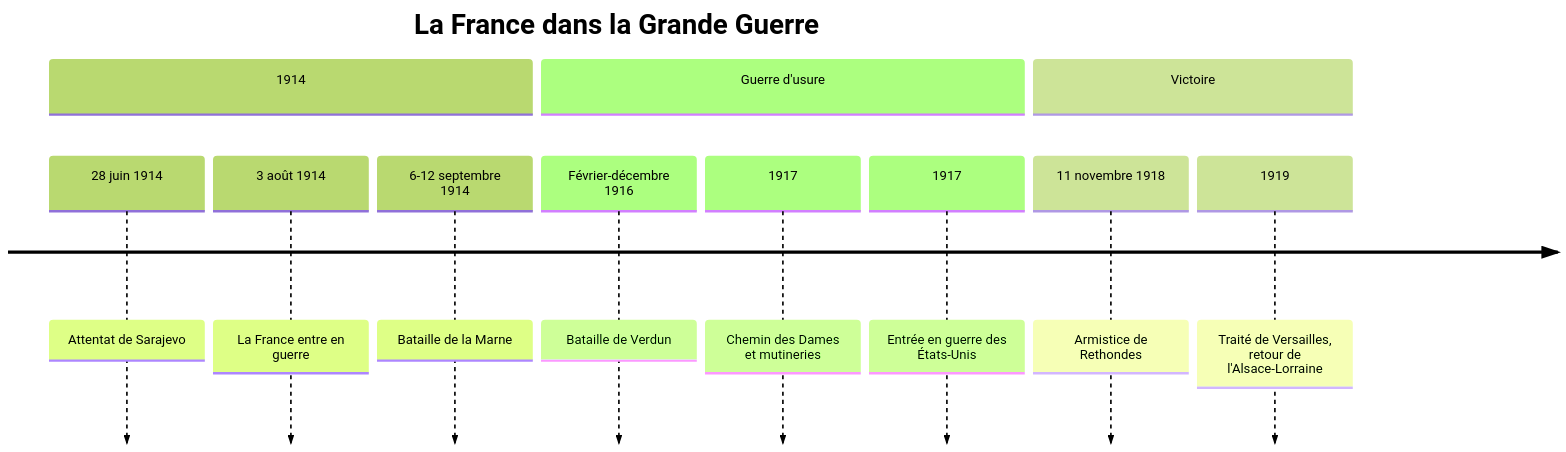
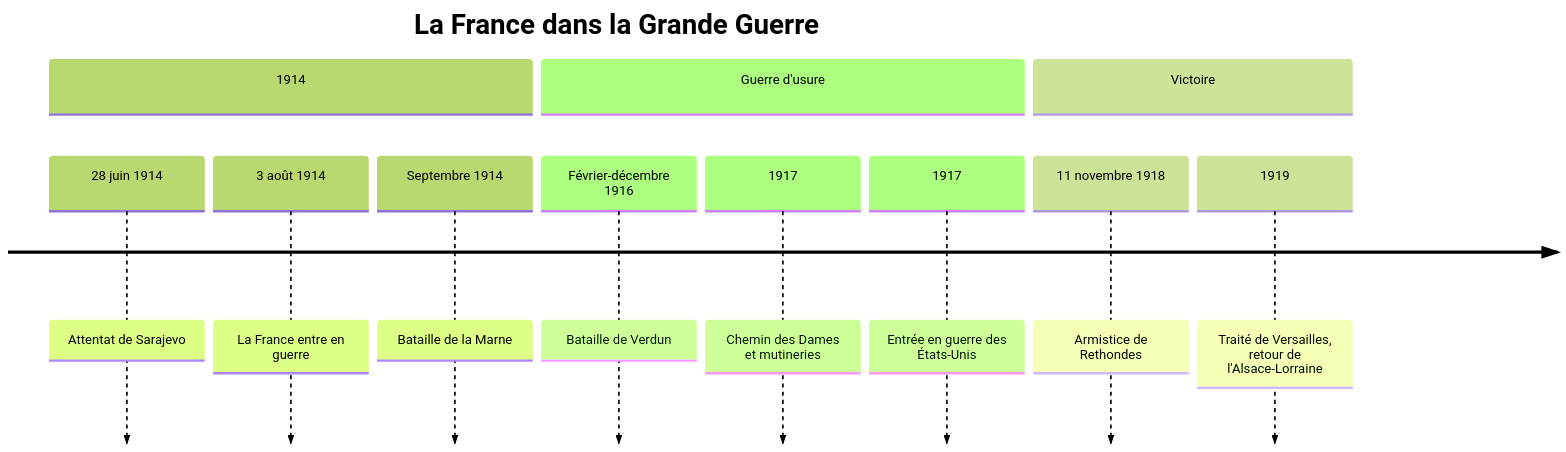
Before and after one commit to rwmicro/pensine: the diagram in Social Sciences/History/France/07 - Première Guerre mondiale (France).md, drawn with Mermaid (forest theme). The commit also changed 4 other files, not shown here.

````diff
--- a/Social Sciences/History/France/07 - Première Guerre mondiale (France).md
+++ b/Social Sciences/History/France/07 - Première Guerre mondiale (France).md
@@ -21,15 +21,15 @@
 ```mermaid
 timeline
     title La France dans la Grande Guerre
     section 1914
         28 juin 1914 : Attentat de Sarajevo
         3 août 1914 : La France entre en guerre
-        6-12 septembre 1914 : Bataille de la Marne
+        Septembre 1914 : Bataille de la Marne
     section Guerre d'usure
         Février-décembre 1916 : Bataille de Verdun
         1917 : Chemin des Dames et mutineries
         1917 : Entrée en guerre des États-Unis
     section Victoire
         11 novembre 1918 : Armistice de Rethondes
         1919 : Traité de Versailles, retour de l'Alsace-Lorraine
 ```
````
